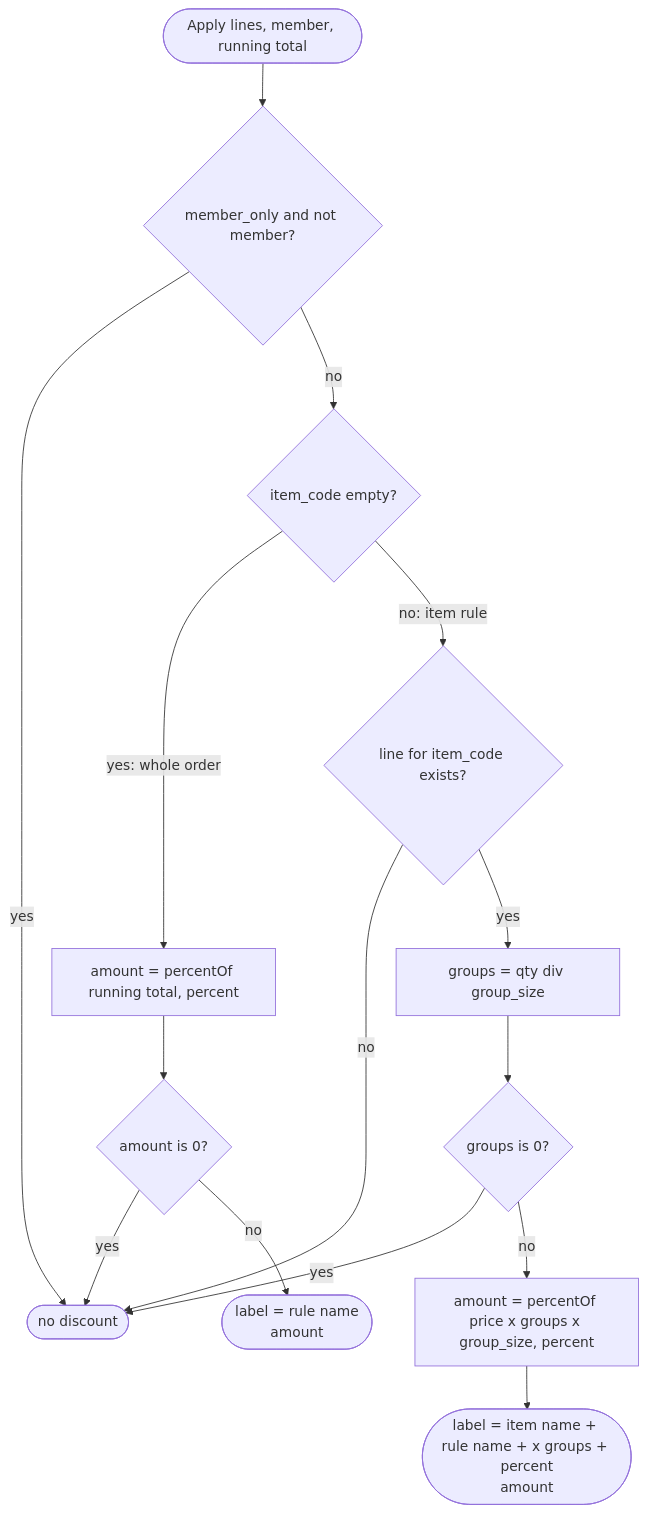
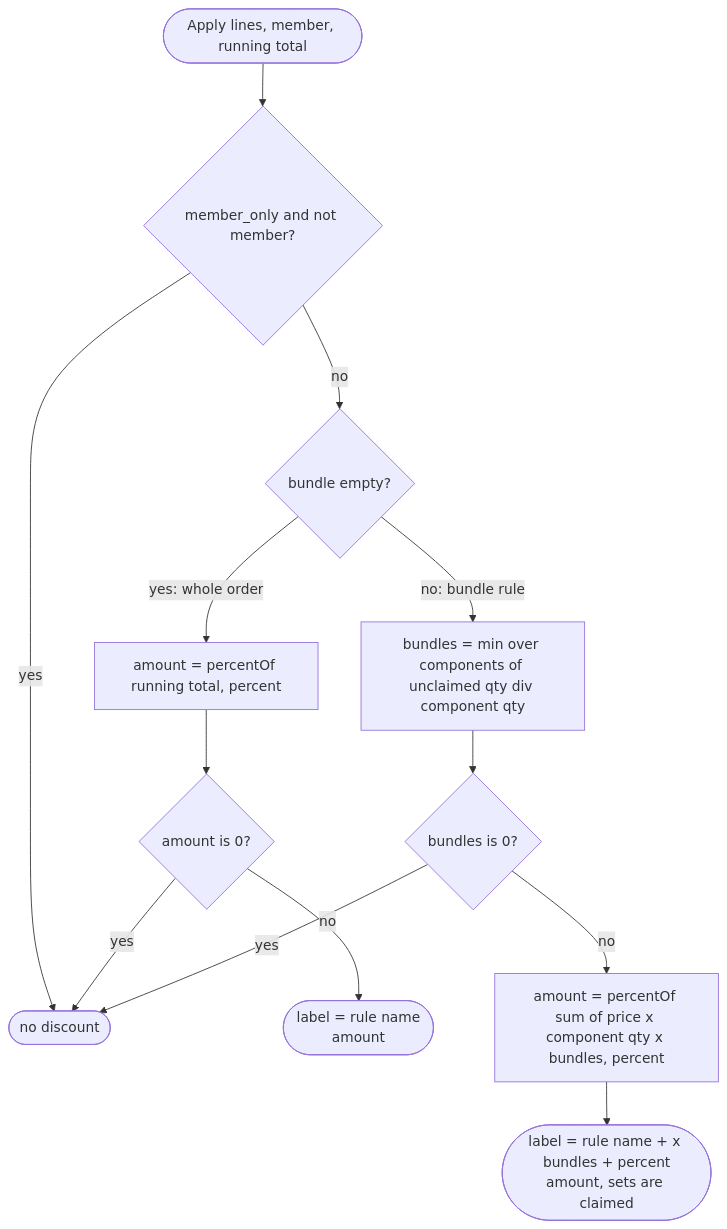
One commit to Gravizz/freshket changed the seventh of 8 diagrams in docs/ARCHITECTURE.md. Above: the diagram before and after it, drawn with Mermaid. The commit also changed other lines of this file and 3 other files, not shown here.

````diff
--- a/docs/ARCHITECTURE.md
+++ b/docs/ARCHITECTURE.md
@@ -226,19 +231,17 @@
 ```mermaid
 flowchart TD
     S(["Apply lines, member, running total"]) --> M{"member_only and not member?"}
     M -- yes --> No(["no discount"])
-    M -- no --> K{"item_code empty?"}
+    M -- no --> K{"bundle empty?"}
 
     K -- "yes: whole order" --> W["amount = percentOf running total, percent"]
     W --> W0{"amount is 0?"}
     W0 -- yes --> No
     W0 -- no --> WL(["label = rule name<br/>amount"])
 
-    K -- "no: item rule" --> F{"line for item_code exists?"}
-    F -- no --> No
-    F -- yes --> G["groups = qty div group_size"]
-    G --> G0{"groups is 0?"}
+    K -- "no: bundle rule" --> G["bundles = min over components of unclaimed qty div component qty"]
+    G --> G0{"bundles is 0?"}
     G0 -- yes --> No
-    G0 -- no --> IA["amount = percentOf price x groups x group_size, percent"]
-    IA --> IL(["label = item name + rule name + x groups + percent<br/>amount"])
+    G0 -- no --> IA["amount = percentOf sum of price x component qty x bundles, percent"]
+    IA --> IL(["label = rule name + x bundles + percent<br/>amount, sets are claimed"])
 ```
````
